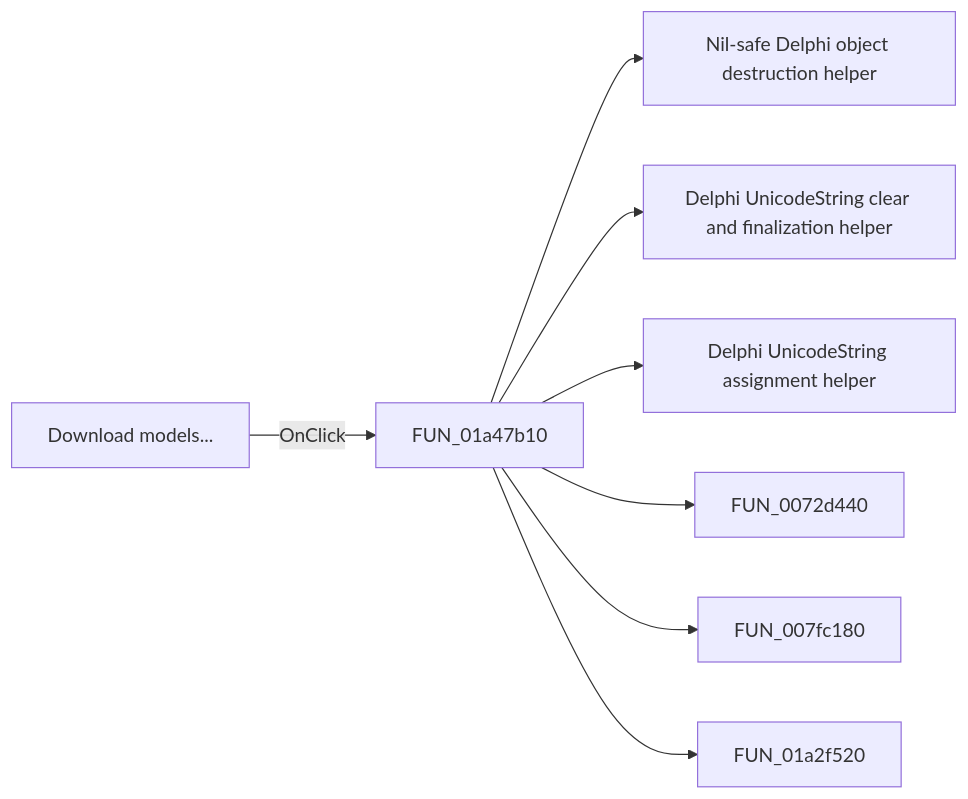
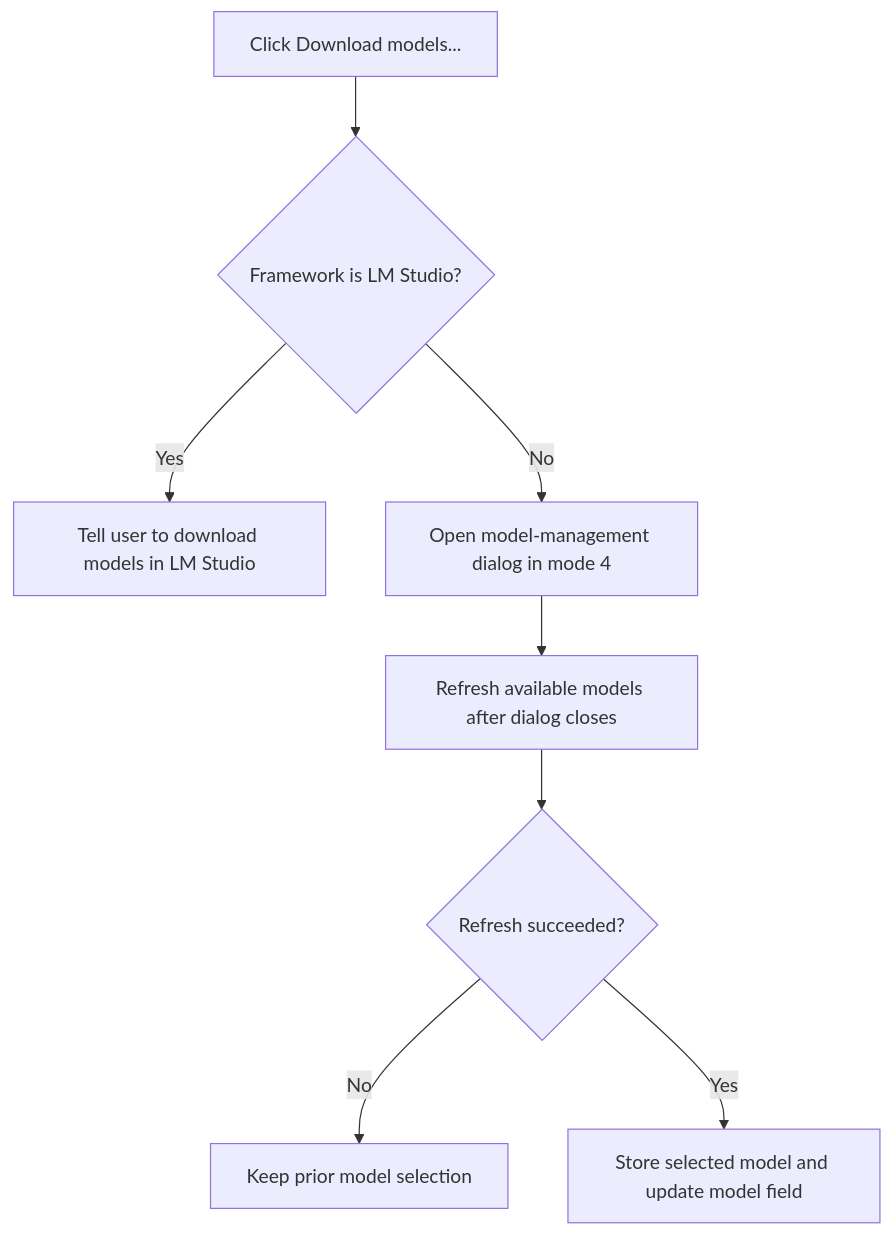
Before and after one commit to MovGP0/TIARA: the diagram in docs/ui-controls/localllmform/mnmodeldownloader-5f2948792a.md, drawn with Mermaid. The commit also changed other lines of this file and 1062 other files, not shown here.

````diff
--- a/docs/ui-controls/localllmform/mnmodeldownloader-5f2948792a.md
+++ b/docs/ui-controls/localllmform/mnmodeldownloader-5f2948792a.md
@@ -27,10 +29,10 @@
 ```mermaid
-flowchart LR
-    control["Download models..."] -->|OnClick| handler["FUN_01a47b10"]
-    handler --> call1["Nil-safe Delphi object destruction helper"]
-    handler --> call2["Delphi UnicodeString clear and finalization helper"]
-    handler --> call3["Delphi UnicodeString assignment helper"]
-    handler --> call4["FUN_0072d440"]
-    handler --> call5["FUN_007fc180"]
-    handler --> call6["FUN_01a2f520"]
+flowchart TD
+    control["Click Download models..."] --> framework{"Framework is LM Studio?"}
+    framework -->|Yes| manual["Tell user to download models in LM Studio"]
+    framework -->|No| dialog["Open model-management dialog in mode 4"]
+    dialog --> refresh["Refresh available models after dialog closes"]
+    refresh --> success{"Refresh succeeded?"}
+    success -->|No| keep["Keep prior model selection"]
+    success -->|Yes| update["Store selected model and update model field"]
 ```
````
